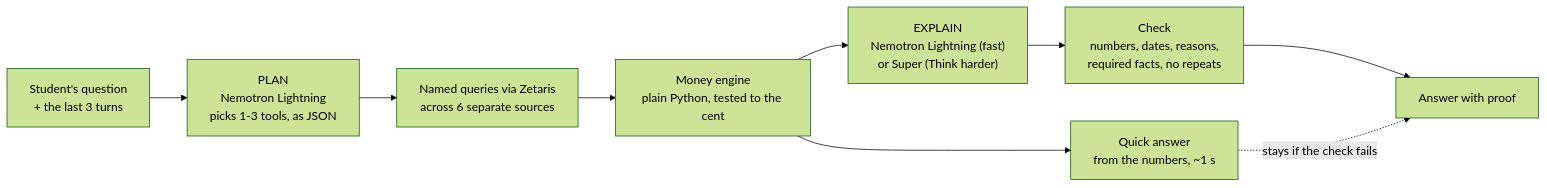
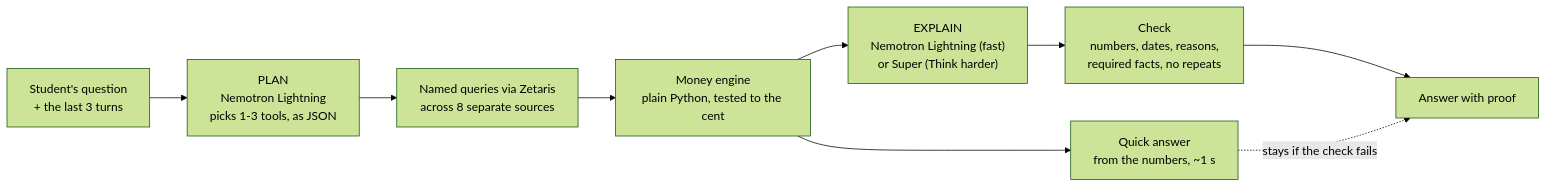
One commit to earg555890/Runway-GenAi-10.27 changed the diagram in README.md. Above: the diagram before and after it, drawn with Mermaid (forest theme). The commit also changed other lines of this file and 11 other files, not shown here.

Commit message:
Part D/E progress: README (screenshots, 8 Zetaris sources and the federated query, My data, Found online, new roadmap, 7 check-in items), docs/DEMO_SCRIPT.md, eval extended to 28 questions, site names without trailing separators; fresh clone from GitHub passes 347 tests and every tab in replay

````diff
--- a/README.md
+++ b/README.md
@@ -86,11 +101,11 @@
 ```mermaid
 flowchart LR
     Q["Student's question<br/>+ the last 3 turns"] --> P["PLAN<br/>Nemotron Lightning<br/>picks 1-3 tools, as JSON"]
-    P --> D["Named queries via Zetaris<br/>across 6 separate sources"]
+    P --> D["Named queries via Zetaris<br/>across 8 separate sources"]
     D --> E["Money engine<br/>plain Python, tested to the cent"]
     E --> K["Quick answer<br/>from the numbers, ~1 s"]
     E --> X["EXPLAIN<br/>Nemotron Lightning (fast)<br/>or Super (Think harder)"]
     X --> C["Check<br/>numbers, dates, reasons,<br/>required facts, no repeats"]
     C --> A[Answer with proof]
     K -. "stays if the check fails" .-> A
 ```
````
